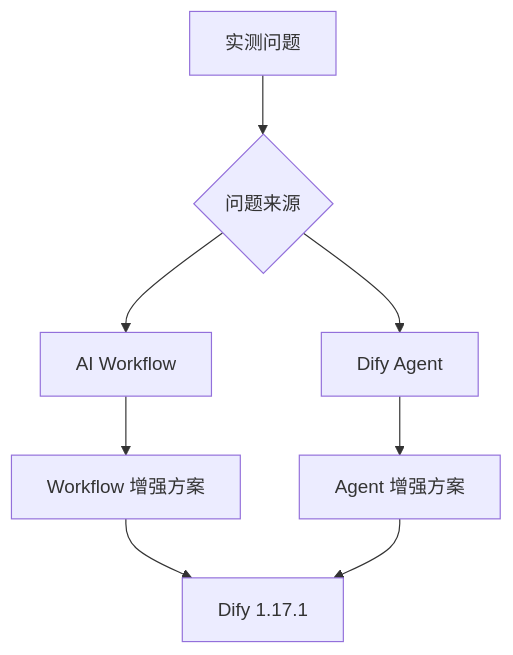
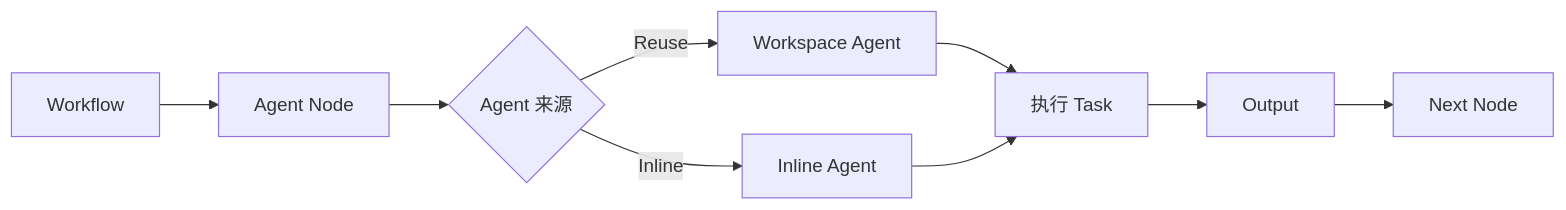
Before and after one commit to sgfd-ui/internship: the tenth of 10 diagrams in weekly-report/dify-1.17-core-capabilities-research.md, drawn with Mermaid. The commit also changed other lines of this file, not shown here.

Commit message:
docs: reorganize Dify research into six-section structure

````diff
--- a/weekly-report/dify-1.17-core-capabilities-research.md
+++ b/weekly-report/dify-1.17-core-capabilities-research.md
@@ -233,10 +325,11 @@
 ```mermaid
-flowchart TB
-    A[实测问题] --> B{问题来源}
-    B --> C[AI Workflow]
-    B --> D[Dify Agent]
-    C --> E[Workflow 增强方案]
-    D --> F[Agent 增强方案]
-    E --> G[Dify 1.17.1]
-    F --> G
+flowchart LR
+    A[Workflow] --> B[Agent Node]
+    B --> C{Agent 来源}
+    C -->|Reuse| D[Workspace Agent]
+    C -->|Inline| E[Inline Agent]
+    D --> F[执行 Task]
+    E --> F
+    F --> G[Output]
+    G --> H[Next Node]
 ```
````
